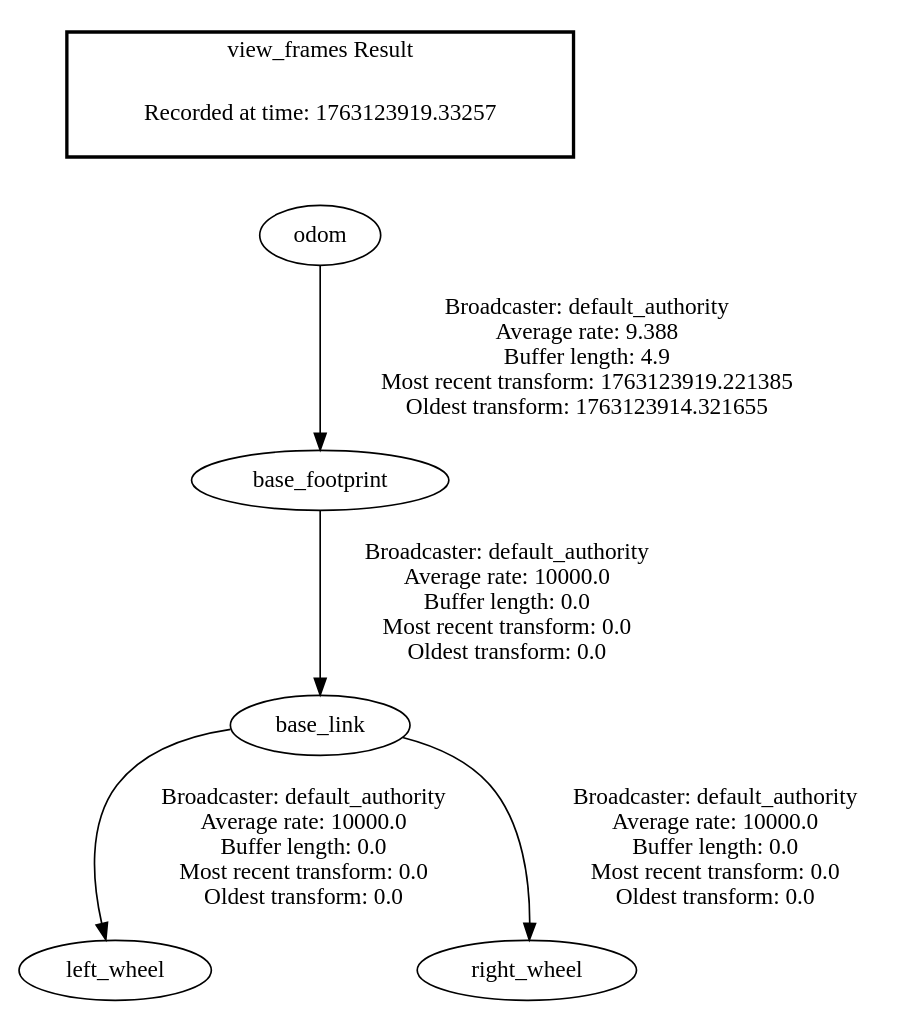
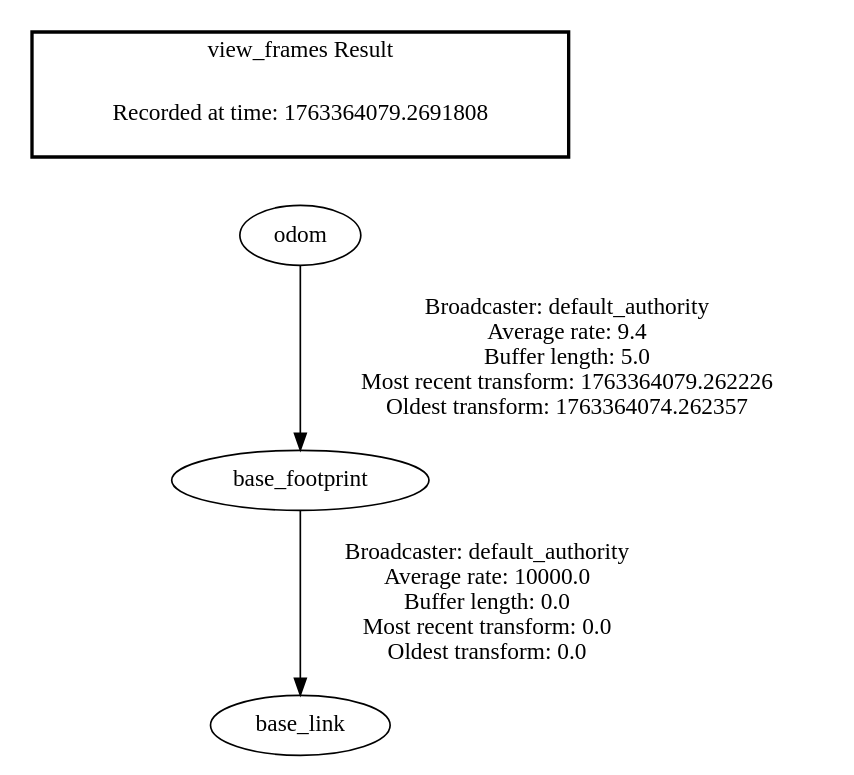
One commit to hadao169/sebot changed the diagram in ros2_ws/robotframes.gv. Above: the diagram before and after it, drawn with Graphviz. The commit also changed 7 other files, not shown here.

```diff
--- a/ros2_ws/robotframes.gv
+++ b/ros2_ws/robotframes.gv
@@ -1,10 +1,8 @@
 digraph G {
-"odom" -> "base_footprint"[label=" Broadcaster: default_authority\nAverage rate: 9.388\nBuffer length: 4.9\nMost recent transform: 1763123919.221385\nOldest transform: 1763123914.321655\n"];
+"odom" -> "base_footprint"[label=" Broadcaster: default_authority\nAverage rate: 9.4\nBuffer length: 5.0\nMost recent transform: 1763364079.262226\nOldest transform: 1763364074.262357\n"];
 "base_footprint" -> "base_link"[label=" Broadcaster: default_authority\nAverage rate: 10000.0\nBuffer length: 0.0\nMost recent transform: 0.0\nOldest transform: 0.0\n"];
-"base_link" -> "left_wheel"[label=" Broadcaster: default_authority\nAverage rate: 10000.0\nBuffer length: 0.0\nMost recent transform: 0.0\nOldest transform: 0.0\n"];
-"base_link" -> "right_wheel"[label=" Broadcaster: default_authority\nAverage rate: 10000.0\nBuffer length: 0.0\nMost recent transform: 0.0\nOldest transform: 0.0\n"];
 edge [style=invis];
  subgraph cluster_legend { style=bold; color=black; label ="view_frames Result";
-"Recorded at time: 1763123919.33257"[ shape=plaintext ] ;
+"Recorded at time: 1763364079.2691808"[ shape=plaintext ] ;
 }->"odom";
 }
```
